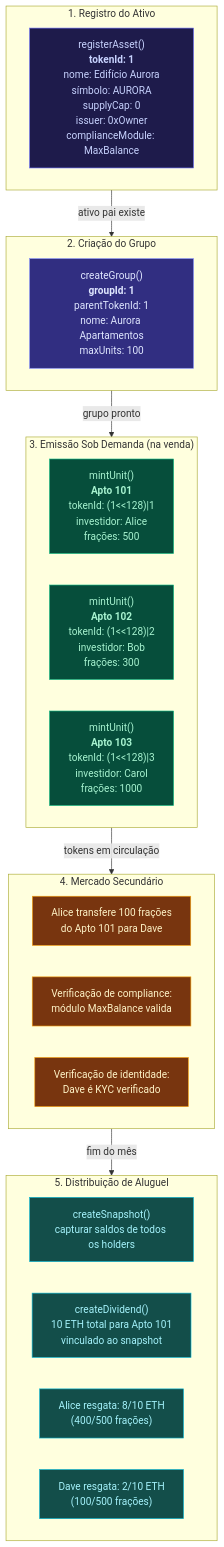
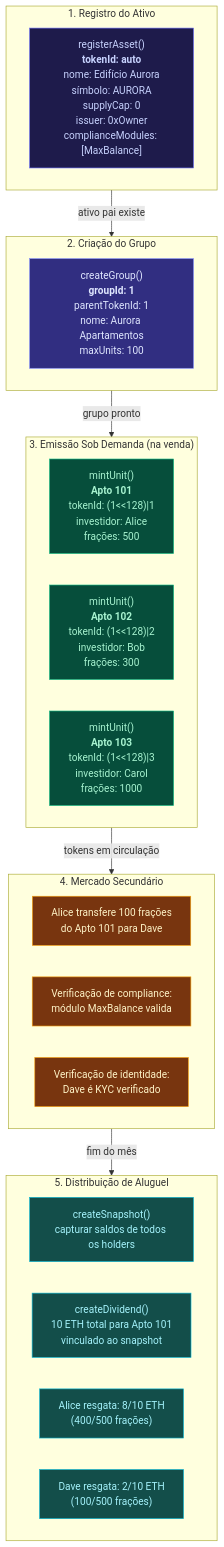
One commit to jminango20/agro-diamond-compliance changed the diagram in docs/diagrams/pt/09-exemplo-imobiliario.mmd. Above: the diagram before and after it, drawn with Mermaid. The commit also changed 39 other files, not shown here.

First line of the commit message:
feat(compliance): auto-increment tokenId and multiple compliance modules per asset

```diff
--- a/docs/diagrams/pt/09-exemplo-imobiliario.mmd
+++ b/docs/diagrams/pt/09-exemplo-imobiliario.mmd
@@ -1,45 +1,45 @@
 graph TD
     subgraph Registration["1. Registro do Ativo"]
-        REG["registerAsset()<br/><b>tokenId: 1</b><br/>nome: Edifício Aurora<br/>símbolo: AURORA<br/>supplyCap: 0<br/>issuer: 0xOwner<br/>complianceModule: MaxBalance"]
+        REG["registerAsset()<br/><b>tokenId: auto</b><br/>nome: Edifício Aurora<br/>símbolo: AURORA<br/>supplyCap: 0<br/>issuer: 0xOwner<br/>complianceModules: [MaxBalance]"]
     end
 
     subgraph GroupCreation["2. Criação do Grupo"]
         GRP["createGroup()<br/><b>groupId: 1</b><br/>parentTokenId: 1<br/>nome: Aurora Apartamentos<br/>maxUnits: 100"]
     end
 
     subgraph LazyMint["3. Emissão Sob Demanda (na venda)"]
         direction LR
         APT1["mintUnit()<br/><b>Apto 101</b><br/>tokenId: (1<<128)|1<br/>investidor: Alice<br/>frações: 500"]
         APT2["mintUnit()<br/><b>Apto 102</b><br/>tokenId: (1<<128)|2<br/>investidor: Bob<br/>frações: 300"]
         APT3["mintUnit()<br/><b>Apto 103</b><br/>tokenId: (1<<128)|3<br/>investidor: Carol<br/>frações: 1000"]
     end
 
     subgraph SecondaryMarket["4. Mercado Secundário"]
         T1["Alice transfere 100 frações<br/>do Apto 101 para Dave"]
         T2["Verificação de compliance:<br/>módulo MaxBalance valida"]
         T3["Verificação de identidade:<br/>Dave é KYC verificado"]
     end
 
     subgraph Dividend["5. Distribuição de Aluguel"]
         S1["createSnapshot()<br/>capturar saldos de todos os holders"]
         D1["createDividend()<br/>10 ETH total para Apto 101<br/>vinculado ao snapshot"]
         CL1["Alice resgata: 8/10 ETH<br/>(400/500 frações)"]
         CL2["Dave resgata: 2/10 ETH<br/>(100/500 frações)"]
     end
 
     Registration -->|"ativo pai existe"| GroupCreation
     GroupCreation -->|"grupo pronto"| LazyMint
     LazyMint -->|"tokens em circulação"| SecondaryMarket
     SecondaryMarket -->|"fim do mês"| Dividend
 
     classDef reg fill:#1e1b4b,stroke:#6366f1,color:#c7d2fe
     classDef group fill:#312e81,stroke:#818cf8,color:#e0e7ff
     classDef mint fill:#064e3b,stroke:#10b981,color:#a7f3d0
     classDef market fill:#78350f,stroke:#f59e0b,color:#fef3c7
     classDef dividend fill:#134e4a,stroke:#06b6d4,color:#a5f3fc
 
     class REG reg
     class GRP group
     class APT1,APT2,APT3 mint
     class T1,T2,T3 market
     class S1,D1,CL1,CL2 dividend
```
